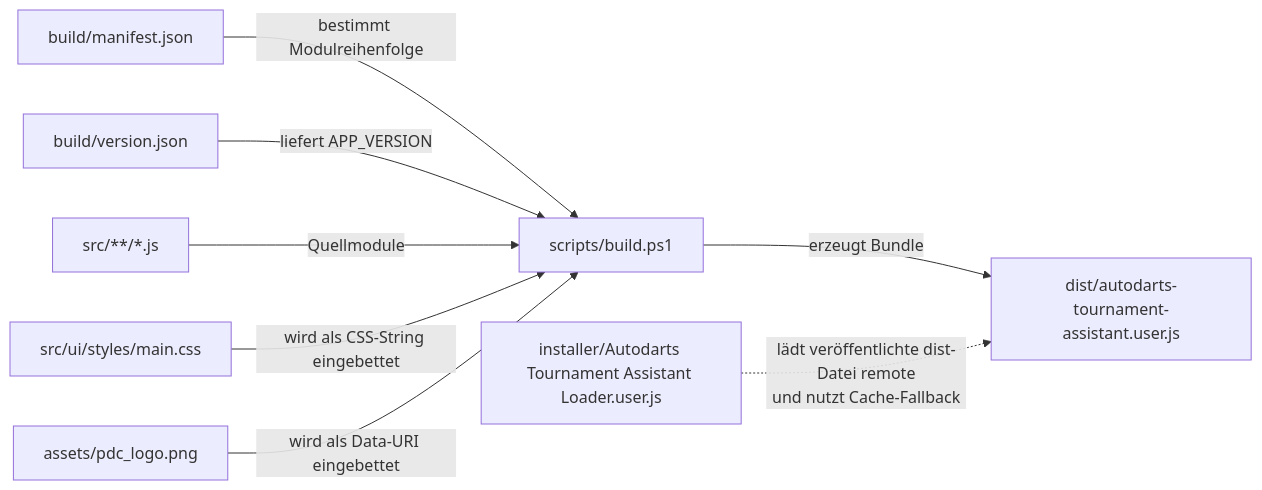
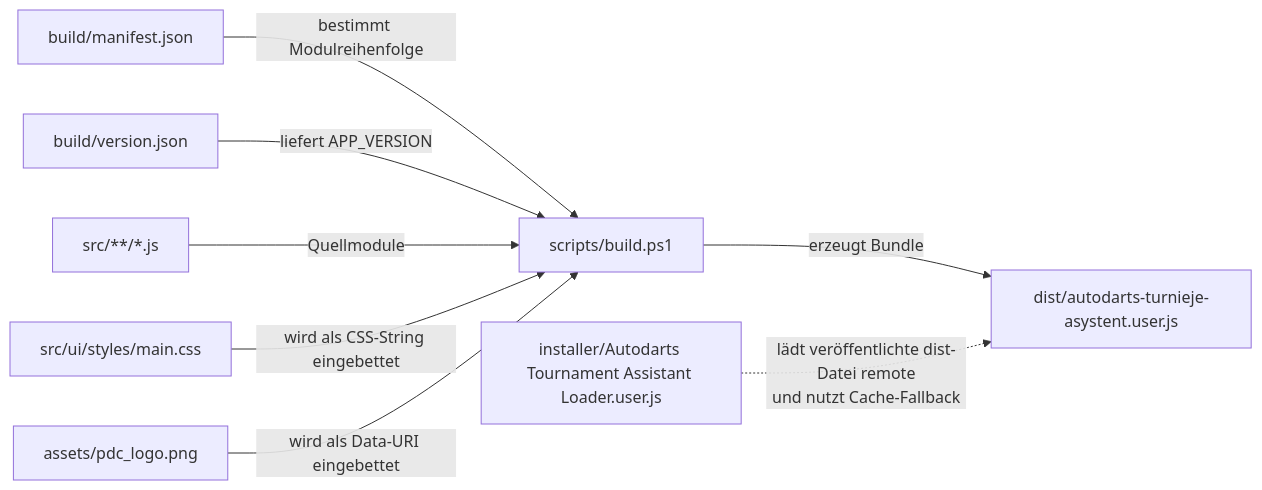
One commit to Zasadinho/Autodart_Turnieje changed the first of 2 diagrams in docs/codebase-map.md. Above: the diagram before and after it, drawn with Mermaid. The commit also changed other lines of this file and 14 other files, not shown here.

````diff
--- a/docs/codebase-map.md
+++ b/docs/codebase-map.md
@@ -158,19 +158,19 @@
 ```mermaid
 flowchart LR
   manifest["build/manifest.json"]
   version["build/version.json"]
   src["src/**/*.js"]
   css["src/ui/styles/main.css"]
   logo["assets/pdc_logo.png"]
   build["scripts/build.ps1"]
-  dist["dist/autodarts-tournament-assistant.user.js"]
+  dist["dist/autodarts-turnieje-asystent.user.js"]
   loader["installer/Autodarts Tournament Assistant Loader.user.js"]
 
   manifest -->|bestimmt Modulreihenfolge| build
   version -->|liefert APP_VERSION| build
   src -->|Quellmodule| build
   css -->|wird als CSS-String eingebettet| build
   logo -->|wird als Data-URI eingebettet| build
   build -->|erzeugt Bundle| dist
   loader -.->|lädt veröffentlichte dist-Datei remote<br/>und nutzt Cache-Fallback| dist
 ```
````
